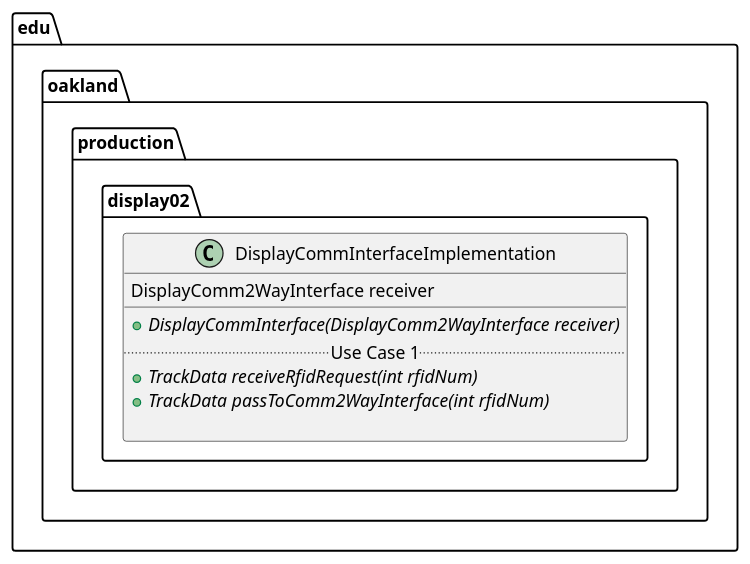
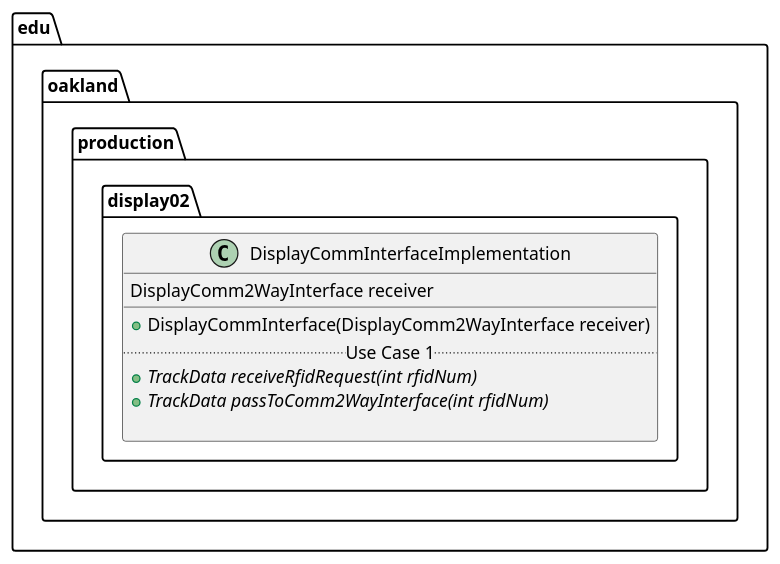
Before and after one commit to andrewdimmer/csi-3370-software-project: the diagram in docs/uml-class-diagrams/display02/production/DisplayCommInterfaceImplementation/DisplayCommInterfaceImplementation.puml, drawn with PlantUML.

```diff
--- a/docs/uml-class-diagrams/display02/production/DisplayCommInterfaceImplementation/DisplayCommInterfaceImplementation.puml
+++ b/docs/uml-class-diagrams/display02/production/DisplayCommInterfaceImplementation/DisplayCommInterfaceImplementation.puml
@@ -1,15 +1,15 @@
 @startuml DisplayCommInterfaceImplementation
 
 package edu.oakland.production.display02 {
     class DisplayCommInterfaceImplementation {
         DisplayComm2WayInterface receiver
         __
-        {abstract} + DisplayCommInterface(DisplayComm2WayInterface receiver)
+        + DisplayCommInterface(DisplayComm2WayInterface receiver)
         .. Use Case 1 ..
         {abstract} + TrackData receiveRfidRequest(int rfidNum)
         {abstract} + TrackData passToComm2WayInterface(int rfidNum)
 
     }
 }
 
 @enduml
```
